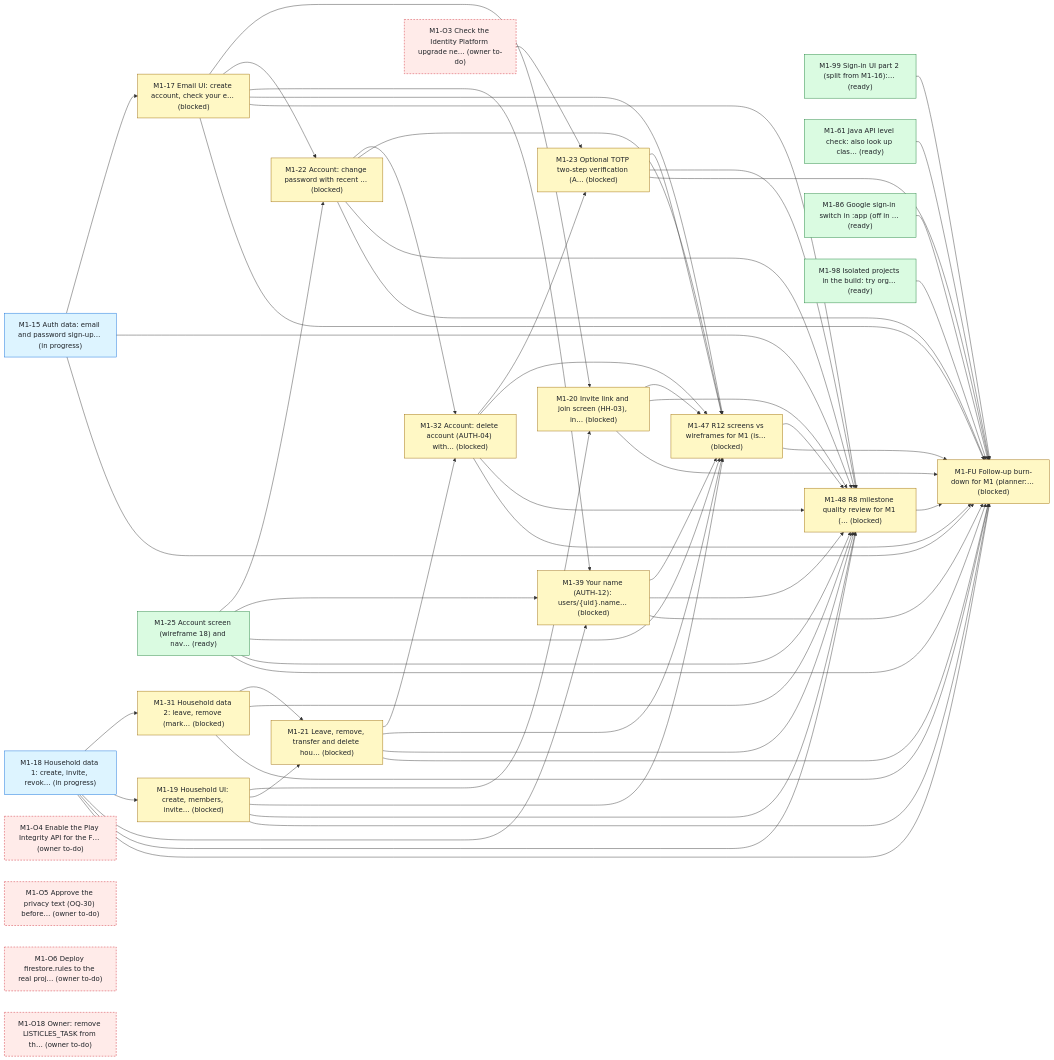
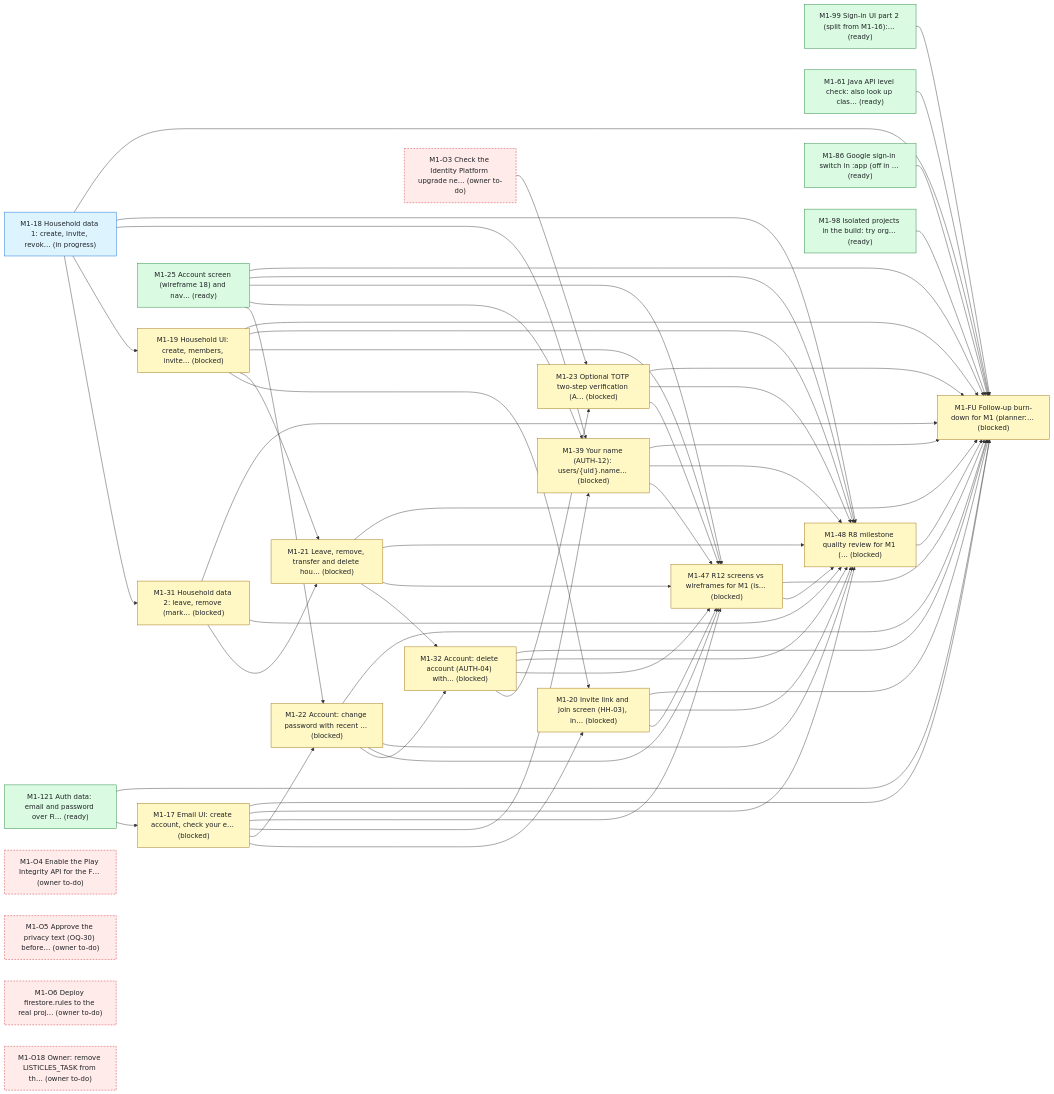
One commit to bondo/listicles2 changed the first of 4 diagrams in status.md. Above: the diagram before and after it, drawn with Mermaid. The commit also changed other lines of this file and 3 other files, not shown here.

````diff
--- a/status.md
+++ b/status.md
@@ -244,6 +245,6 @@
 ```mermaid
 flowchart LR
-    n0["M1-15 Auth data: email and password sign-up… (in progress)"]:::progress
+    n0["M1-121 Auth data: email and password over Fi… (ready)"]:::ready
     n1["M1-99 Sign-in UI part 2 (split from M1-16):… (ready)"]:::ready
     n2["M1-17 Email UI: create account, check your e… (blocked)"]:::blocked
     n3["M1-18 Household data 1: create, invite, revok… (in progress)"]:::progress
@@ -292,7 +293,6 @@
     n11 --> n14
     n9 --> n14
     n13 --> n14
-    n0 --> n15
     n2 --> n15
     n3 --> n15
     n5 --> n15
````
